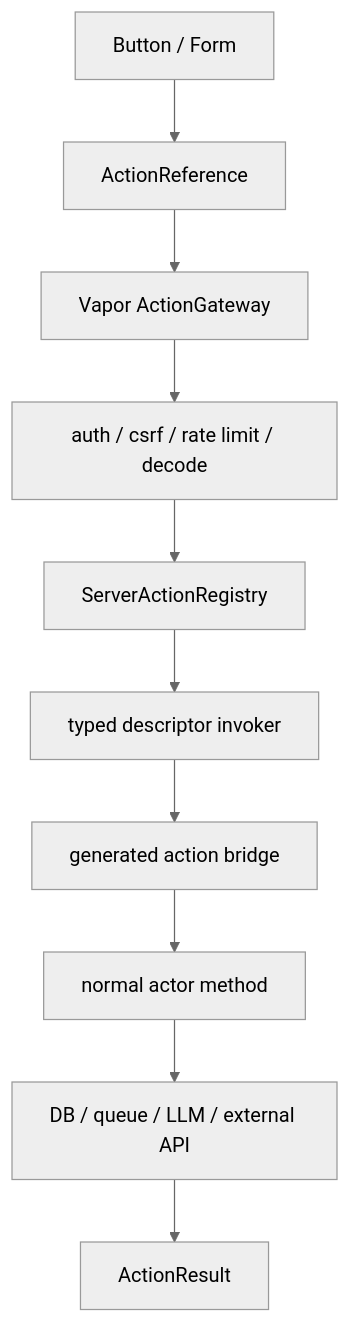
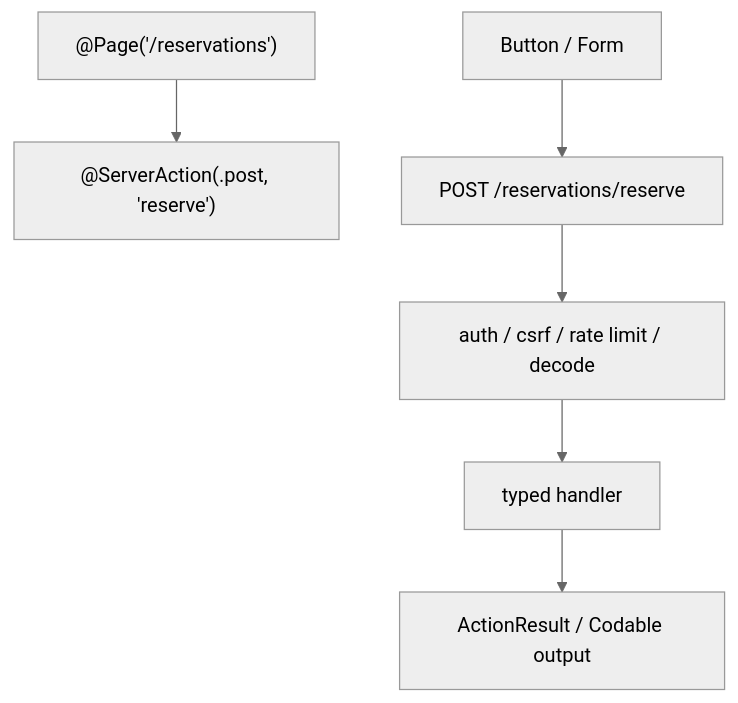
Before and after one commit to 1amageek/swift-web: the seventh of 10 diagrams in Sources/SwiftWeb/README.md, drawn with Mermaid (neutral theme). The commit also changed other lines of this file and 354 other files, not shown here.

````diff
--- a/Sources/SwiftWeb/README.md
+++ b/Sources/SwiftWeb/README.md
@@ -310,12 +314,8 @@
 ```mermaid
 flowchart TD
-  A["Button / Form"] --> B["ActionReference"]
-  B --> C["Vapor ActionGateway"]
-  C --> D["auth / csrf / rate limit / decode"]
-  D --> E["ServerActionRegistry"]
-  E --> F["typed descriptor invoker"]
-  F --> G["generated action bridge"]
-  G --> H["normal actor method"]
-  H --> I["DB / queue / LLM / external API"]
-  I --> J["ActionResult"]
+  A["@Page('/reservations')"] --> B["@ServerAction(.post, 'reserve')"]
+  C["Button / Form"] --> D["POST /reservations/reserve"]
+  D --> E["auth / csrf / rate limit / decode"]
+  E --> F["typed handler"]
+  F --> G["ActionResult / Codable output"]
 ```
````
